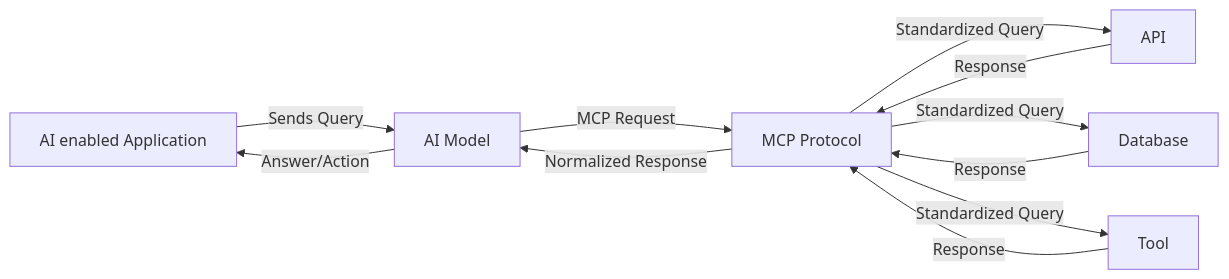
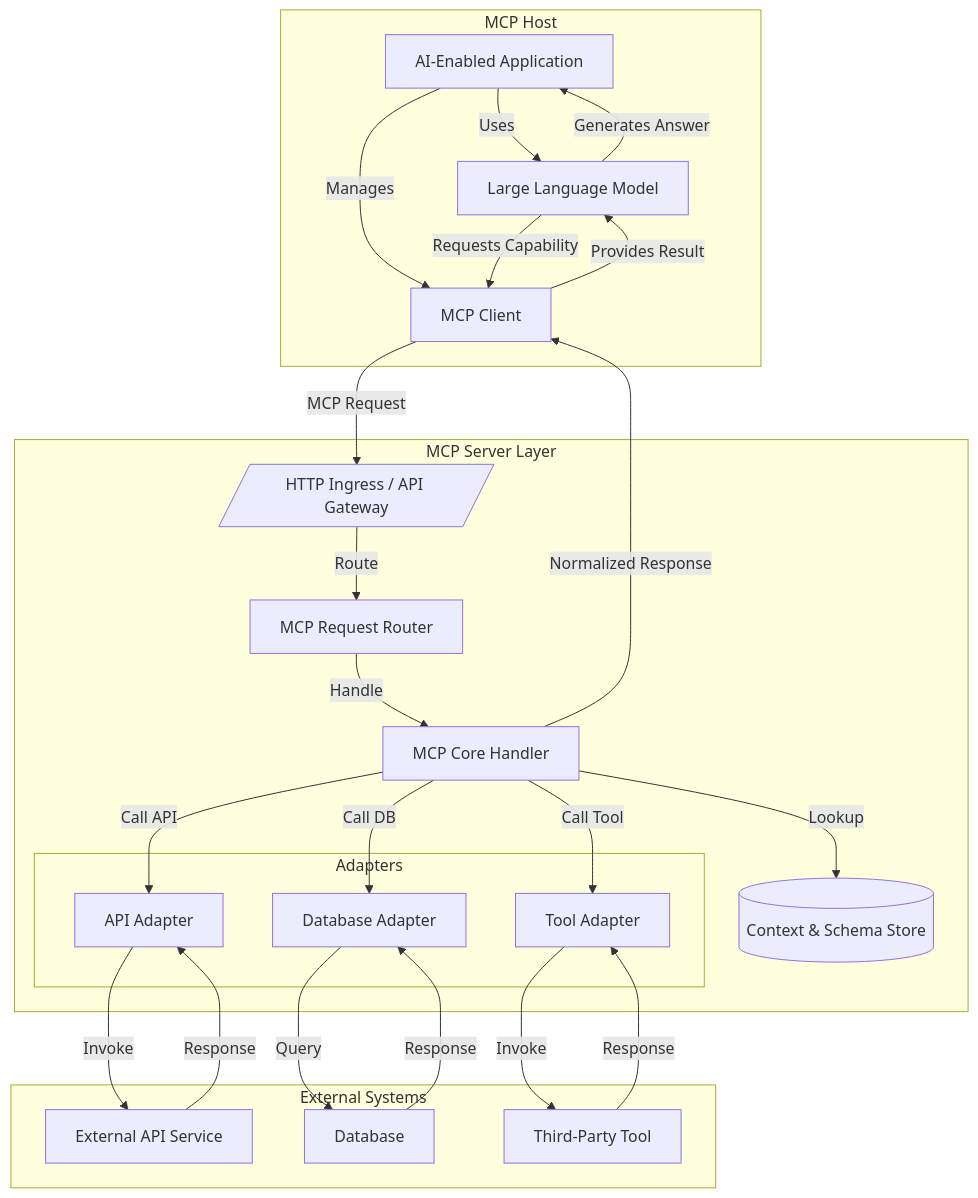
Before and after one commit to PradeepLoganathan/pradeepl-blog: the diagram in content/blog/model-context-protocol/introduction-to-model-context-protocol/index.md, drawn with Mermaid. The commit also changed other lines of this file and 1 other file, not shown here.

```diff
--- a/content/blog/model-context-protocol/introduction-to-model-context-protocol/index.md
+++ b/content/blog/model-context-protocol/introduction-to-model-context-protocol/index.md
@@ -133,13 +134,56 @@
 {{< mermaid >}}
-graph LR
-    App[AI enabled Application] -->|Sends Query| LLM[AI Model]
-    LLM -->|MCP Request| MCP[MCP Protocol]
-    MCP -->|Standardized Query| Ext1[API]
-    MCP -->|Standardized Query| Ext2[Database]
-    MCP -->|Standardized Query| Ext3[Tool]
-    Ext1 -->|Response| MCP
-    Ext2 -->|Response| MCP
-    Ext3 -->|Response| MCP
-    MCP -->|Normalized Response| LLM
-    LLM -->|Answer/Action| App
+graph TD;
+  subgraph MCP Host
+    App[AI-Enabled Application];
+    LLM[Large Language Model];
+    MCPClient[MCP Client]; 
+
+    
+    App --> |Uses| LLM;
+    App --> |Manages| MCPClient; 
+    LLM --> |Requests Capability| MCPClient;
+  end
+
+
+  subgraph MCP Server Layer
+    Ingress[/ HTTP Ingress / API Gateway/]
+    Router[MCP Request Router];
+    ContextStore[(Context & Schema Store)];
+    Handler[MCP Core Handler];
+    subgraph Adapters
+      APIAdapter[API Adapter];
+      DBAdapter[Database Adapter];
+      ToolAdapter[Tool Adapter];
+    end
+  end
+  subgraph External Systems
+    ExternalAPI[External API Service];
+    Database[Database];
+    Tool[Third-Party Tool];
+  end
+
+
+  MCPClient --> |MCP Request| Ingress;
+
+  
+  Ingress -->|Route| Router;
+  Router -->|Handle| Handler;
+  Handler -->|Lookup| ContextStore;
+  Handler -->|Call API| APIAdapter;
+  Handler -->|Call DB| DBAdapter;
+  Handler -->|Call Tool| ToolAdapter;
+
+
+  APIAdapter -->|Invoke| ExternalAPI;
+  DBAdapter -->|Query| Database;
+  ToolAdapter -->|Invoke| Tool;
+
+  ExternalAPI -->|Response| APIAdapter;
+  Database -->|Response| DBAdapter;
+  Tool -->|Response| ToolAdapter;
+
+
+  Handler --> |Normalized Response| MCPClient;
+  MCPClient --> |Provides Result| LLM; 
+  LLM --> |Generates Answer| App; 
 {{< /mermaid >}}
```
